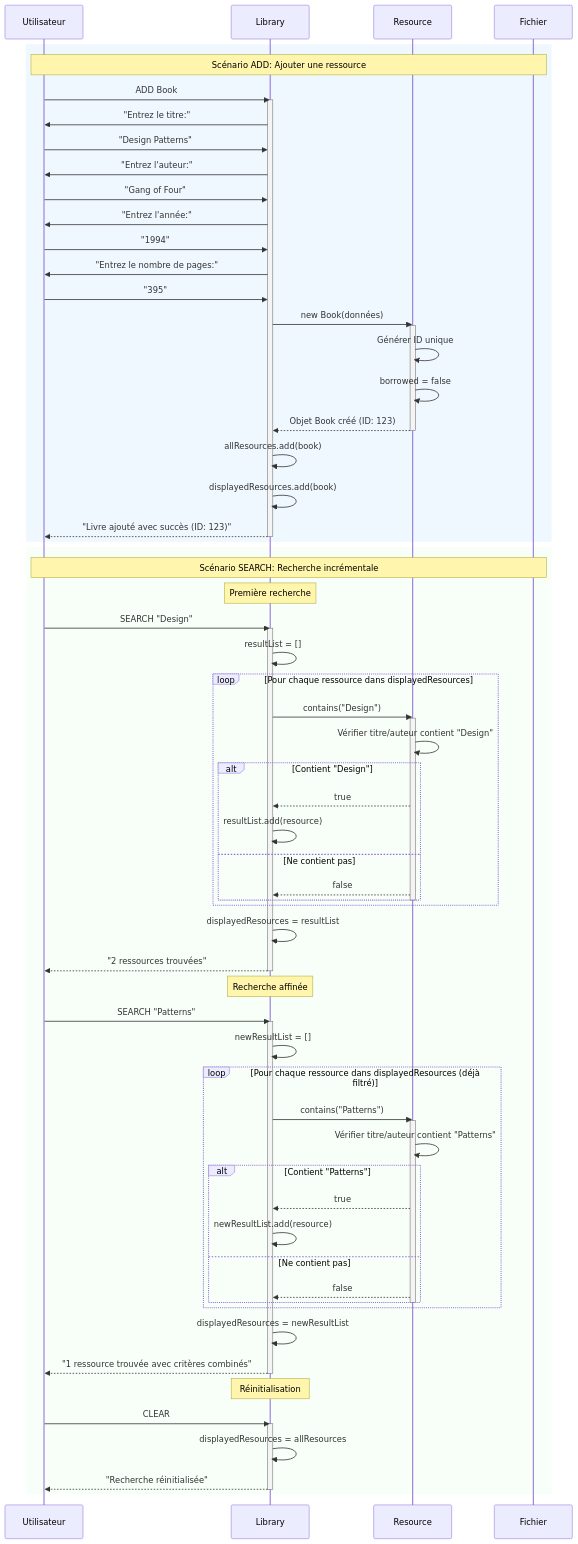
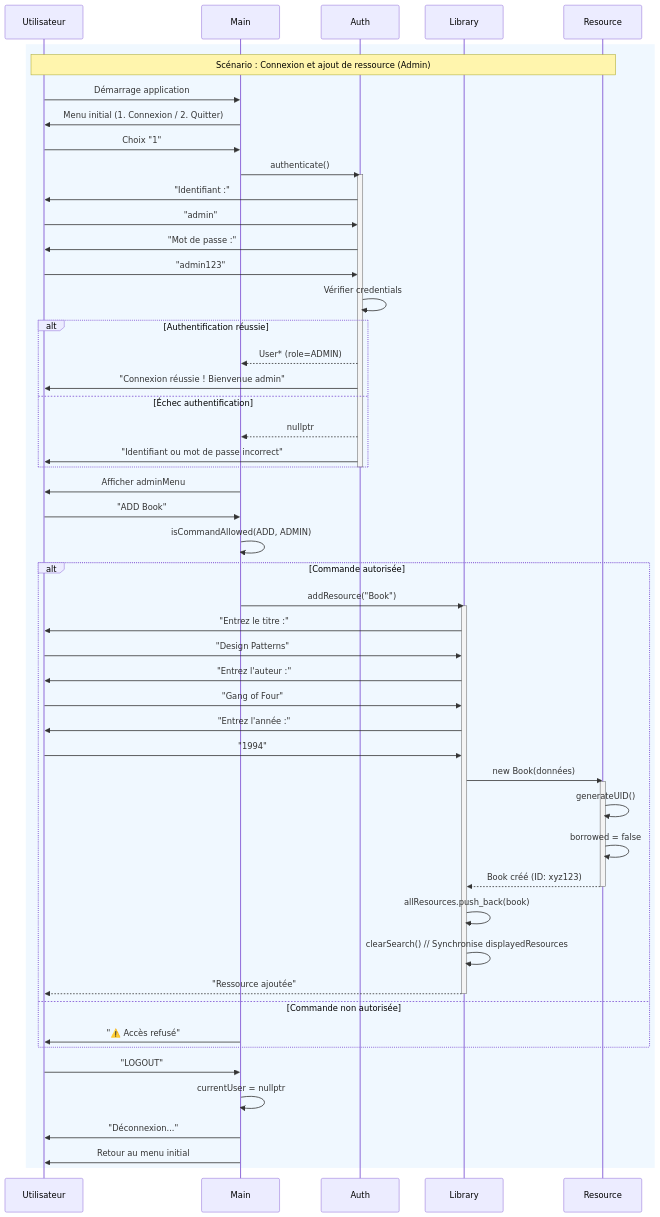
The third of 5 diagrams in README.md (eloiseLBC/projetCpp), drawn with Mermaid before and after one commit. The commit also changed other lines of this file and 1 other file, not shown here.

Commit message:
:art: Correct README.md and ADD library.txt

````diff
--- a/README.md
+++ b/README.md
@@ -149,97 +237,70 @@
 look: neo
 ---
 sequenceDiagram
-participant Utilisateur
-participant Library
-participant Resource
-participant Fichier
+    participant U as Utilisateur
+    participant M as Main
+    participant A as Auth
+    participant L as Library
+    participant R as Resource
 
-rect rgb(240, 248, 255)
-    Note over Utilisateur,Fichier: Scénario ADD: Ajouter une ressource
+    rect rgb(240, 248, 255)
+        Note over U,R: Scénario : Connexion et ajout de ressource (Admin)
 
-    Utilisateur->>Library: ADD Book
-    activate Library
+        U->>M: Démarrage application
+        M->>U: Menu initial (1. Connexion / 2. Quitter)
+        U->>M: Choix "1"
 
-    Library->>Utilisateur: "Entrez le titre:"
-    Utilisateur->>Library: "Design Patterns"
+        M->>A: authenticate()
+        activate A
+        A->>U: "Identifiant :"
+        U->>A: "admin"
+        A->>U: "Mot de passe :"
+        U->>A: "admin123"
 
-    Library->>Utilisateur: "Entrez l'auteur:"
-    Utilisateur->>Library: "Gang of Four"
+        A->>A: Vérifier credentials
+        alt Authentification réussie
+            A-->>M: User* (role=ADMIN)
+            A->>U: "Connexion réussie ! Bienvenue admin"
+        else Échec authentification
+            A-->>M: nullptr
+            A->>U: "Identifiant ou mot de passe incorrect"
+        end
+        deactivate A
 
-    Library->>Utilisateur: "Entrez l'année:"
-    Utilisateur->>Library: "1994"
+        M->>U: Afficher adminMenu
 
-    Library->>Utilisateur: "Entrez le nombre de pages:"
-    Utilisateur->>Library: "395"
+        U->>M: "ADD Book"
+        M->>M: isCommandAllowed(ADD, ADMIN)
 
-    Library->>Resource: new Book(données)
-    activate Resource
-    Resource->>Resource: Générer ID unique
-    Resource->>Resource: borrowed = false
-    Resource-->>Library: Objet Book créé (ID: 123)
-    deactivate Resource
+        alt Commande autorisée
+            M->>L: addResource("Book")
+            activate L
 
-    Library->>Library: allResources.add(book)
-    Library->>Library: displayedResources.add(book)
+            L->>U: "Entrez le titre :"
+            U->>L: "Design Patterns"
+            L->>U: "Entrez l'auteur :"
+            U->>L: "Gang of Four"
+            L->>U: "Entrez l'année :"
+            U->>L: "1994"
 
-    Library-->>Utilisateur: "Livre ajouté avec succès (ID: 123)"
-    deactivate Library
-end
+            L->>R: new Book(données)
+            activate R
+            R->>R: generateUID()
+            R->>R: borrowed = false
+            R-->>L: Book créé (ID: xyz123)
+            deactivate R
 
-rect rgb(248, 255, 248)
-    Note over Utilisateur,Fichier: Scénario SEARCH: Recherche incrémentale
+            L->>L: allResources.push_back(book)
+            L->>L: clearSearch() // Synchronise displayedResources
+            L-->>U: "Ressource ajoutée"
+            deactivate L
+        else Commande non autorisée
+            M->>U: "⚠️ Accès refusé"
+        end
 
-    Note over Library: Première recherche
-    Utilisateur->>Library: SEARCH "Design"
-    activate Library
-
-    Library->>Library: resultList = []
-
-    loop Pour chaque ressource dans displayedResources
-        Library->>Resource: contains("Design")
-        activate Resource
-        Resource->>Resource: Vérifier titre/auteur contient "Design"
-        alt Contient "Design"
-            Resource-->>Library: true
-            Library->>Library: resultList.add(resource)
-        else Ne contient pas
-            Resource-->>Library: false
-        end
-        deactivate Resource
+        U->>M: "LOGOUT"
+        M->>M: currentUser = nullptr
+        M->>U: "Déconnexion..."
+        M->>U: Retour au menu initial
     end
-
-    Library->>Library: displayedResources = resultList
-    Library-->>Utilisateur: "2 ressources trouvées"
-    deactivate Library
-
-    Note over Library: Recherche affinée
-    Utilisateur->>Library: SEARCH "Patterns"
-    activate Library
-
-    Library->>Library: newResultList = []
-
-    loop Pour chaque ressource dans displayedResources (déjà filtré)
-        Library->>Resource: contains("Patterns")
-        activate Resource
-        Resource->>Resource: Vérifier titre/auteur contient "Patterns"
-        alt Contient "Patterns"
-            Resource-->>Library: true
-            Library->>Library: newResultList.add(resource)
-        else Ne contient pas
-            Resource-->>Library: false
-        end
-        deactivate Resource
-    end
-
-    Library->>Library: displayedResources = newResultList
-    Library-->>Utilisateur: "1 ressource trouvée avec critères combinés"
-    deactivate Library
-
-    Note over Library: Réinitialisation
-    Utilisateur->>Library: CLEAR
-    activate Library
-    Library->>Library: displayedResources = allResources
-    Library-->>Utilisateur: "Recherche réinitialisée"
-    deactivate Library
-end
 ```
````
